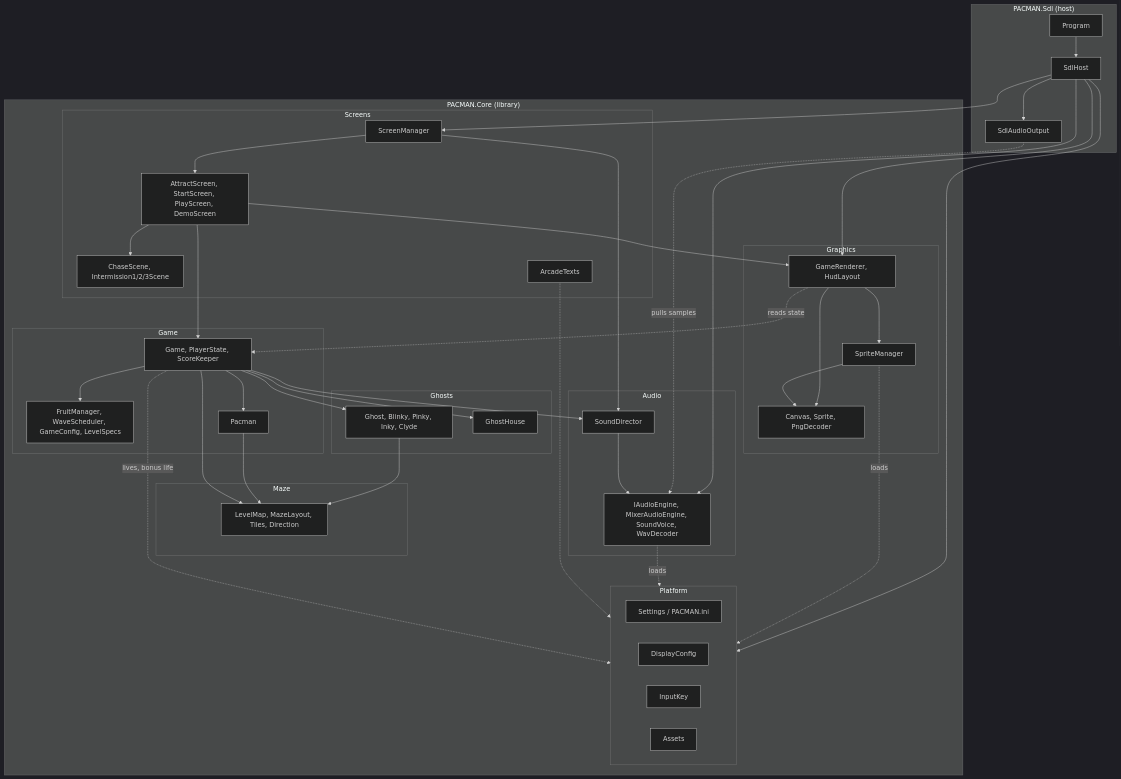
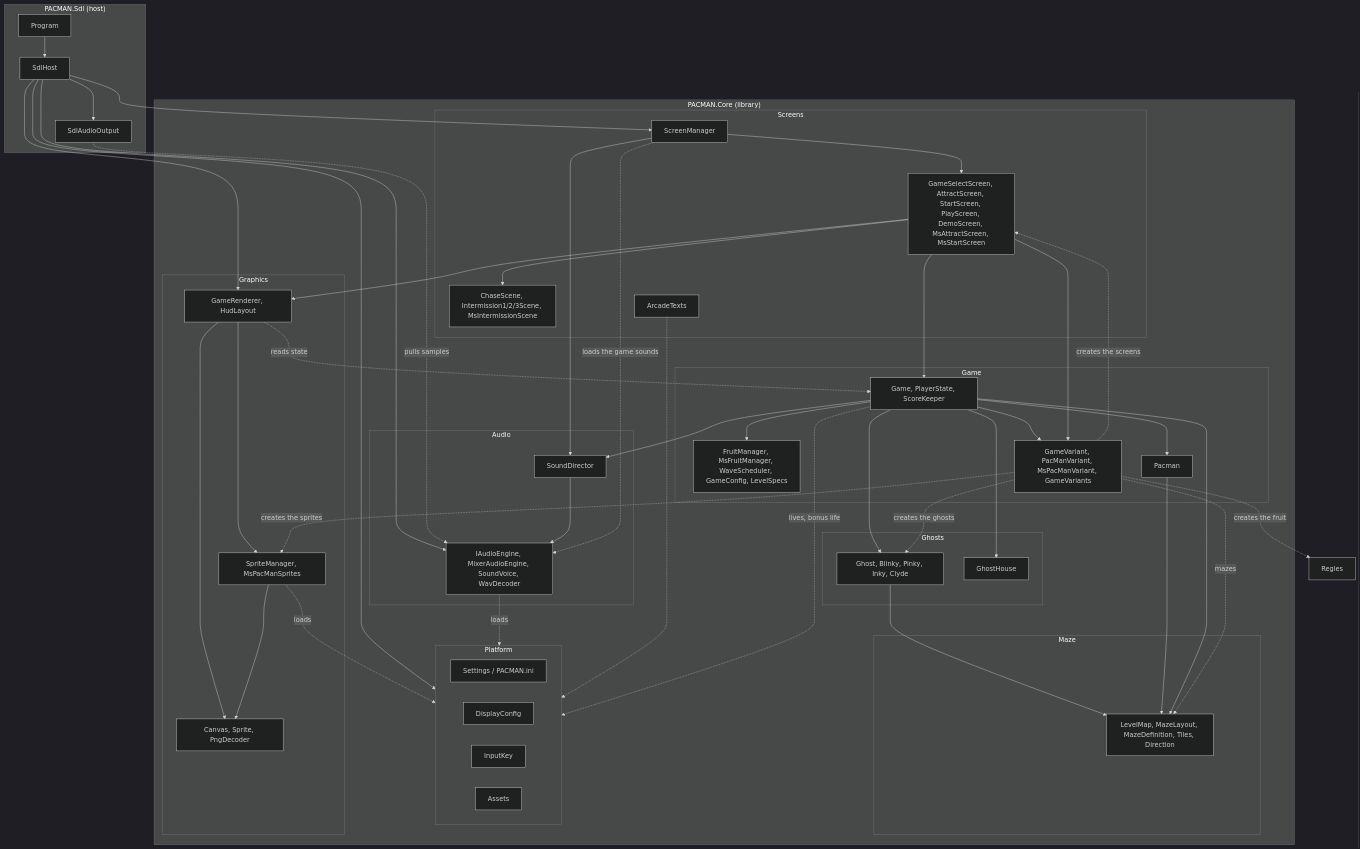
One commit to Telev78/pacman changed the first of 31 diagrams in docs/Pacman_UML_and_State_Diagrams_EN.md. Above: the diagram before and after it, drawn with Mermaid (dark theme). The commit also changed other lines of this file and 173 other files, not shown here.

````diff
--- a/docs/Pacman_UML_and_State_Diagrams_EN.md
+++ b/docs/Pacman_UML_and_State_Diagrams_EN.md
@@ -9,73 +9,82 @@
 ```mermaid
 flowchart TB
   subgraph Sdl["PACMAN.Sdl (host)"]
     Program["Program"]
     SdlHost["SdlHost"]
     SdlAudioOutput["SdlAudioOutput"]
   end
   subgraph Core["PACMAN.Core (library)"]
     subgraph Platform["Platform"]
       Settings["Settings / PACMAN.ini"]
       DisplayConfig["DisplayConfig"]
       InputKey["InputKey"]
       Assets["Assets"]
     end
     subgraph Screens["Screens"]
       ScreenManager["ScreenManager"]
-      ScreenList["AttractScreen, StartScreen, PlayScreen, DemoScreen"]
-      Scenes["ChaseScene, Intermission1/2/3Scene"]
+      ScreenList["GameSelectScreen, AttractScreen, StartScreen, PlayScreen, DemoScreen, MsAttractScreen, MsStartScreen"]
+      Scenes["ChaseScene, Intermission1/2/3Scene, MsIntermissionScene"]
       ArcadeTexts["ArcadeTexts"]
     end
     subgraph Game["Game"]
       GameC["Game, PlayerState, ScoreKeeper"]
-      Rules["FruitManager, WaveScheduler, GameConfig, LevelSpecs"]
+      Rules["FruitManager, MsFruitManager, WaveScheduler, GameConfig, LevelSpecs"]
       PacmanC["Pacman"]
+      Variantes["GameVariant, PacManVariant, MsPacManVariant, GameVariants"]
     end
     subgraph Ghosts["Ghosts"]
       GhostC["Ghost, Blinky, Pinky, Inky, Clyde"]
       GhostHouse["GhostHouse"]
     end
     subgraph Maze["Maze"]
-      MazeC["LevelMap, MazeLayout, Tiles, Direction"]
+      MazeC["LevelMap, MazeLayout, MazeDefinition, Tiles, Direction"]
     end
     subgraph Graphics["Graphics"]
       GameRenderer["GameRenderer, HudLayout"]
-      SpriteManager["SpriteManager"]
+      SpriteManager["SpriteManager, MsPacManSprites"]
       Pixels["Canvas, Sprite, PngDecoder"]
     end
     subgraph Audio["Audio"]
       SoundDirector["SoundDirector"]
       AudioEngine["IAudioEngine, MixerAudioEngine, SoundVoice, WavDecoder"]
     end
   end
 
   Program --> SdlHost
   SdlHost --> ScreenManager
   SdlHost --> GameRenderer
   SdlHost --> AudioEngine
   SdlHost --> SdlAudioOutput
   SdlHost --> Platform
   SdlAudioOutput -.->|pulls samples| AudioEngine
   ScreenManager --> ScreenList
   ScreenList --> Scenes
   ScreenList --> GameC
   ScreenList --> GameRenderer
   ScreenManager --> SoundDirector
   GameC --> Rules
   GameC --> PacmanC
   GameC --> GhostC
   GameC --> GhostHouse
   GameC --> SoundDirector
   GhostC --> MazeC
   PacmanC --> MazeC
   GameC --> MazeC
   GameRenderer --> SpriteManager
   GameRenderer --> Pixels
   SpriteManager --> Pixels
   GameRenderer -.->|reads state| GameC
   SoundDirector --> AudioEngine
   SpriteManager -.->|loads| Platform
   AudioEngine -.->|loads| Platform
   ArcadeTexts -.-> Platform
   GameC -.->|lives, bonus life| Platform
+  GameC --> Variantes
+  ScreenList --> Variantes
+  Variantes -.->|creates the ghosts| GhostC
+  Variantes -.->|creates the fruit| Regles
+  Variantes -.->|creates the sprites| SpriteManager
+  Variantes -.->|mazes| MazeC
+  Variantes -.->|creates the screens| ScreenList
+  ScreenManager -.->|loads the game sounds| AudioEngine
 ```
````
